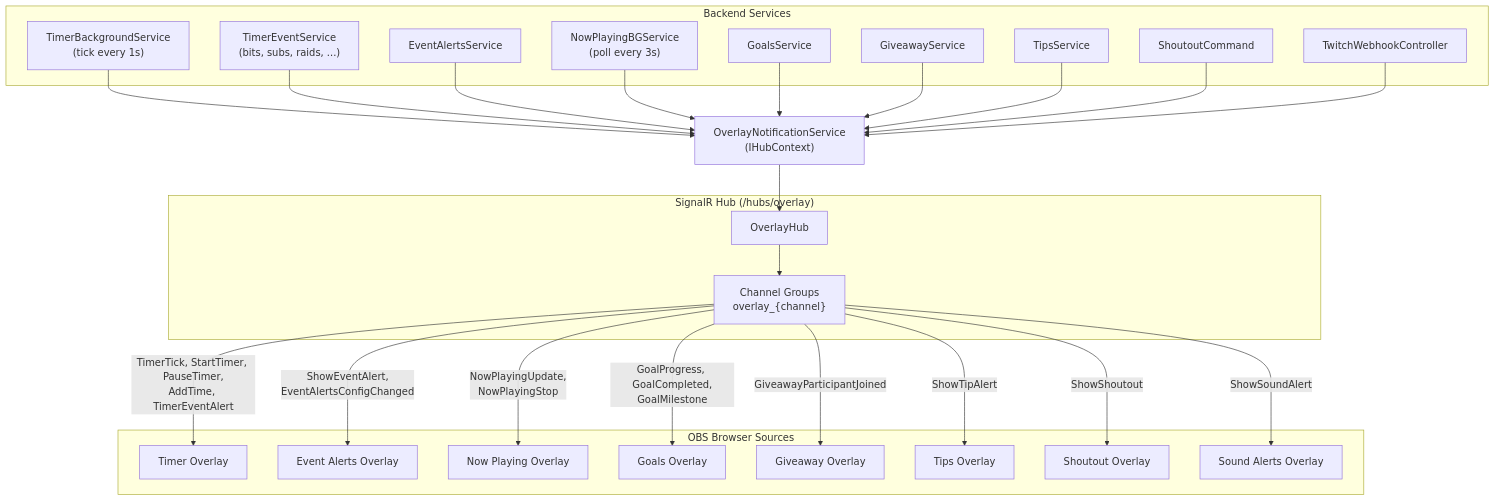
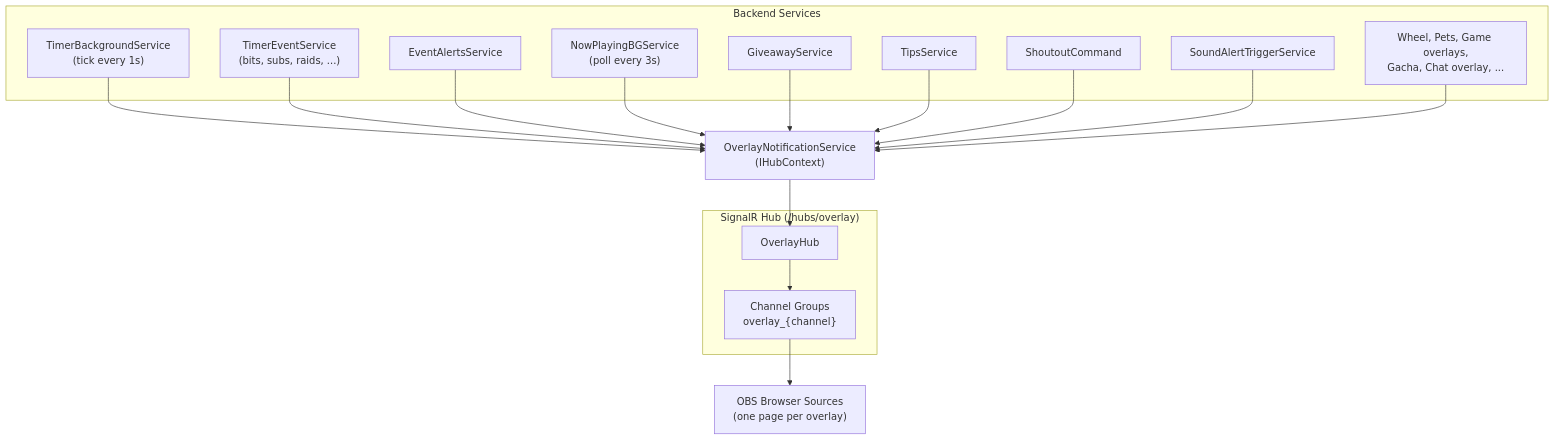
One commit to decatrondev/decatron changed the sixth of 12 diagrams in docs/ARCHITECTURE.md. Above: the diagram before and after it, drawn with Mermaid. The commit also changed other lines of this file and 14 other files, not shown here.

Commit message:
Documentación de GitHub: docs/ revisados contra el código (EventSub por conduit, API pública v1, comandos, overlays, configuración, despliegue) y versión completa en español en docs/es

````diff
--- a/docs/ARCHITECTURE.md
+++ b/docs/ARCHITECTURE.md
@@ -380,53 +332,35 @@
 ```mermaid
 graph TD
     subgraph Backend Services
         TimerBG["TimerBackgroundService<br/>(tick every 1s)"]
         TimerEvent["TimerEventService<br/>(bits, subs, raids, ...)"]
         EventAlerts["EventAlertsService"]
         NowPlaying["NowPlayingBGService<br/>(poll every 3s)"]
-        Goals["GoalsService"]
         Giveaway["GiveawayService"]
         Tips["TipsService"]
         Shoutout["ShoutoutCommand"]
-        SoundAlerts["TwitchWebhookController"]
+        SoundAlerts["SoundAlertTriggerService"]
+        Others["Wheel, Pets, Game overlays,<br/>Gacha, Chat overlay, ..."]
     end
 
     ONS["OverlayNotificationService<br/>(IHubContext)"]
 
     subgraph "SignalR Hub (/hubs/overlay)"
         Hub["OverlayHub"]
         Groups["Channel Groups<br/>overlay_{channel}"]
     end
 
-    subgraph "OBS Browser Sources"
-        TimerOV["Timer Overlay"]
-        EventOV["Event Alerts Overlay"]
-        NowPlayOV["Now Playing Overlay"]
-        GoalsOV["Goals Overlay"]
-        GiveawayOV["Giveaway Overlay"]
-        TipsOV["Tips Overlay"]
-        ShoutoutOV["Shoutout Overlay"]
-        SoundOV["Sound Alerts Overlay"]
-    end
+    OBS["OBS Browser Sources<br/>(one page per overlay)"]
 
     TimerBG --> ONS
     TimerEvent --> ONS
     EventAlerts --> ONS
     NowPlaying --> ONS
-    Goals --> ONS
     Giveaway --> ONS
     Tips --> ONS
     Shoutout --> ONS
     SoundAlerts --> ONS
+    Others --> ONS
 
-    ONS --> Hub --> Groups
-
-    Groups -->|TimerTick, StartTimer, PauseTimer,<br/>AddTime, TimerEventAlert| TimerOV
-    Groups -->|ShowEventAlert,<br/>EventAlertsConfigChanged| EventOV
-    Groups -->|NowPlayingUpdate,<br/>NowPlayingStop| NowPlayOV
-    Groups -->|GoalProgress, GoalCompleted,<br/>GoalMilestone| GoalsOV
-    Groups -->|GiveawayParticipantJoined| GiveawayOV
-    Groups -->|ShowTipAlert| TipsOV
-    Groups -->|ShowShoutout| ShoutoutOV
-    Groups -->|ShowSoundAlert| SoundOV
+    ONS --> Hub --> Groups --> OBS
 ```
````
